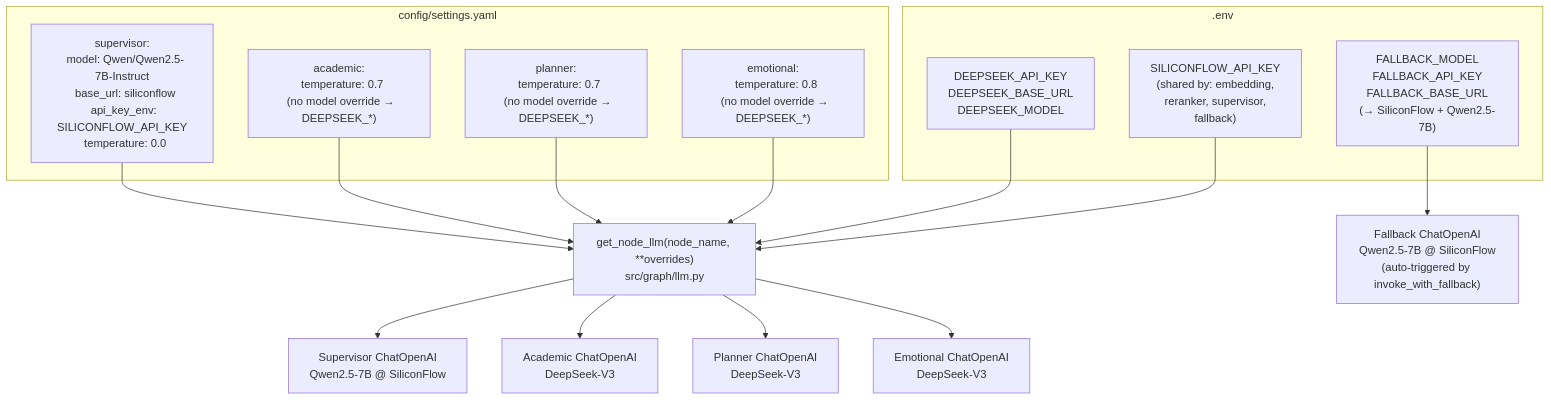
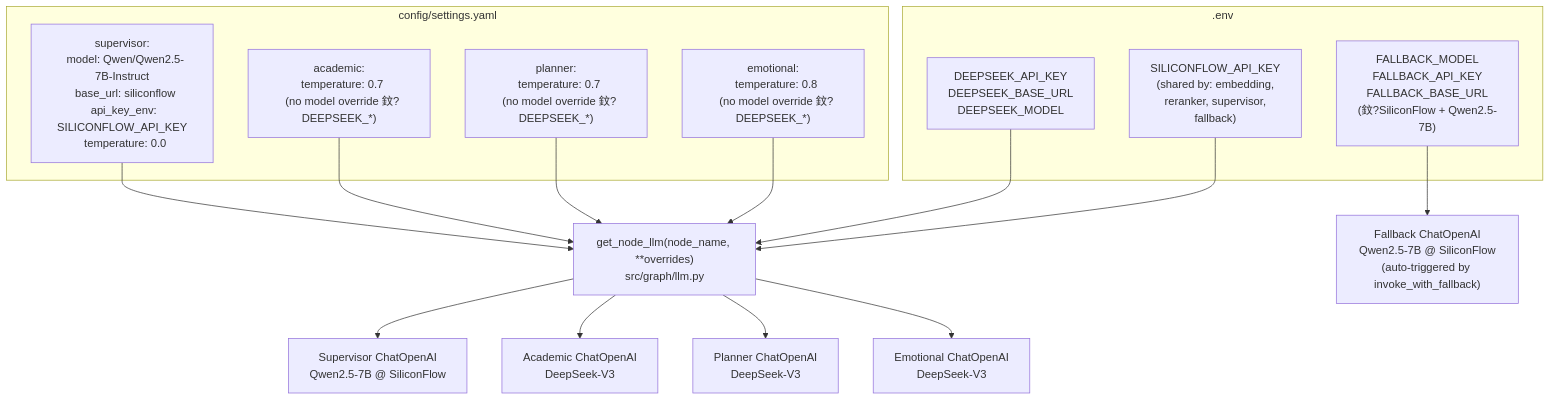
Before and after one commit to kyle-1227/A3_study_agent: the fifth of 5 diagrams in docs/architecture/v0.2.0/diagram_design.md, drawn with Mermaid. The commit also changed other lines of this file and 46 other files, not shown here.

````diff
--- a/docs/architecture/v0.2.0/diagram_design.md
+++ b/docs/architecture/v0.2.0/diagram_design.md
@@ -226,32 +226,32 @@
 ```mermaid
 flowchart TD
     subgraph Settings["config/settings.yaml"]
         SUP_CFG["supervisor:\n  model: Qwen/Qwen2.5-7B-Instruct\n  base_url: siliconflow\n  api_key_env: SILICONFLOW_API_KEY\n  temperature: 0.0"]
-        AC_CFG["academic:\n  temperature: 0.7\n  (no model override → DEEPSEEK_*)"]
-        PL_CFG["planner:\n  temperature: 0.7\n  (no model override → DEEPSEEK_*)"]
-        EM_CFG["emotional:\n  temperature: 0.8\n  (no model override → DEEPSEEK_*)"]
+        AC_CFG["academic:\n  temperature: 0.7\n  (no model override 鈫?DEEPSEEK_*)"]
+        PL_CFG["planner:\n  temperature: 0.7\n  (no model override 鈫?DEEPSEEK_*)"]
+        EM_CFG["emotional:\n  temperature: 0.8\n  (no model override 鈫?DEEPSEEK_*)"]
     end
 
     Factory["get_node_llm(node_name, **overrides)\nsrc/graph/llm.py"]
 
     SUP_CFG --> Factory
     AC_CFG --> Factory
     PL_CFG --> Factory
     EM_CFG --> Factory
 
     subgraph Env[".env"]
         DS["DEEPSEEK_API_KEY\nDEEPSEEK_BASE_URL\nDEEPSEEK_MODEL"]
         SF["SILICONFLOW_API_KEY\n(shared by: embedding,\nreranker, supervisor,\nfallback)"]
-        FB["FALLBACK_MODEL\nFALLBACK_API_KEY\nFALLBACK_BASE_URL\n(→ SiliconFlow + Qwen2.5-7B)"]
+        FB["FALLBACK_MODEL\nFALLBACK_API_KEY\nFALLBACK_BASE_URL\n(鈫?SiliconFlow + Qwen2.5-7B)"]
     end
 
     DS --> Factory
     SF --> Factory
 
     Factory --> Supervisor["Supervisor ChatOpenAI\nQwen2.5-7B @ SiliconFlow"]
     Factory --> Academic["Academic ChatOpenAI\nDeepSeek-V3"]
     Factory --> Planner["Planner ChatOpenAI\nDeepSeek-V3"]
     Factory --> Emotional["Emotional ChatOpenAI\nDeepSeek-V3"]
 
     FB --> Fallback["Fallback ChatOpenAI\nQwen2.5-7B @ SiliconFlow\n(auto-triggered by invoke_with_fallback)"]
 ```
````
